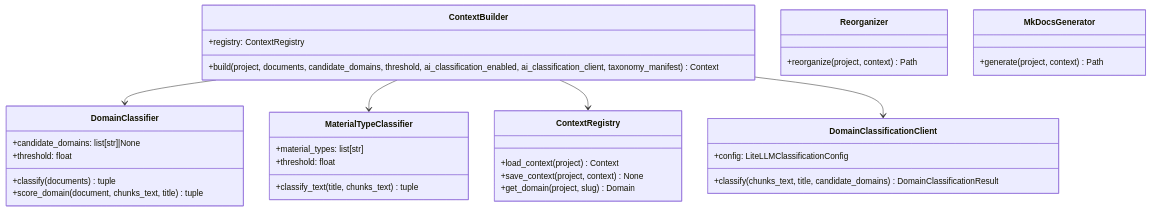
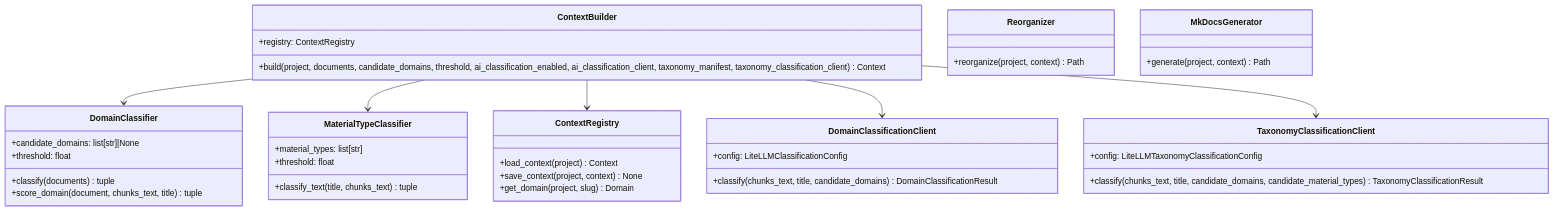
One commit to fmanza/doc_organize changed the diagram in docs/api/context.md. Above: the diagram before and after it, drawn with Mermaid. The commit also changed other lines of this file and 13 other files, not shown here.

````diff
--- a/docs/api/context.md
+++ b/docs/api/context.md
@@ -7,38 +7,43 @@
 ```mermaid
 classDiagram
     class ContextBuilder {
         +registry: ContextRegistry
-        +build(project, documents, candidate_domains, threshold, ai_classification_enabled, ai_classification_client, taxonomy_manifest) Context
+        +build(project, documents, candidate_domains, threshold, ai_classification_enabled, ai_classification_client, taxonomy_manifest, taxonomy_classification_client) Context
     }
     class DomainClassifier {
         +candidate_domains: list[str]|None
         +threshold: float
         +classify(documents) tuple
         +score_domain(document, chunks_text, title) tuple
     }
     class MaterialTypeClassifier {
         +material_types: list[str]
         +threshold: float
         +classify_text(title, chunks_text) tuple
     }
     class ContextRegistry {
         +load_context(project) Context
         +save_context(project, context) None
         +get_domain(project, slug) Domain
     }
     class Reorganizer {
         +reorganize(project, context) Path
     }
     class MkDocsGenerator {
         +generate(project, context) Path
     }
     class DomainClassificationClient {
         +config: LiteLLMClassificationConfig
         +classify(chunks_text, title, candidate_domains) DomainClassificationResult
     }
+    class TaxonomyClassificationClient {
+        +config: LiteLLMTaxonomyClassificationConfig
+        +classify(chunks_text, title, candidate_domains, candidate_material_types) TaxonomyClassificationResult
+    }
 
     ContextBuilder --> DomainClassifier
     ContextBuilder --> MaterialTypeClassifier
     ContextBuilder --> ContextRegistry
     ContextBuilder --> DomainClassificationClient
+    ContextBuilder --> TaxonomyClassificationClient
 ```
````
